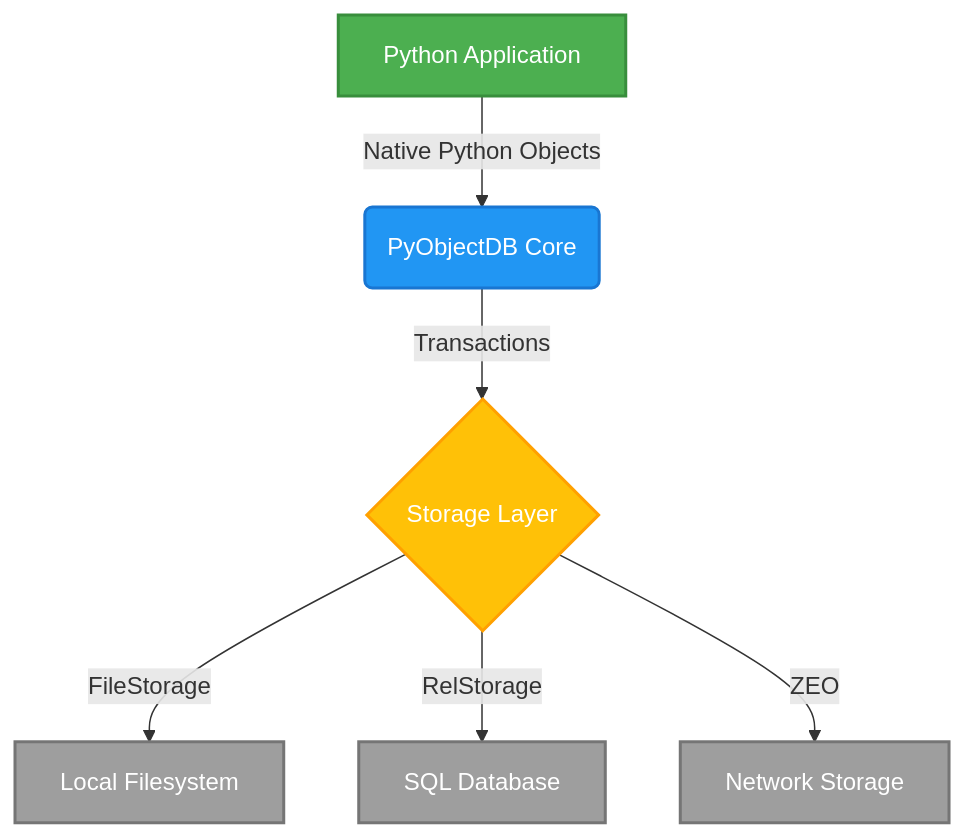
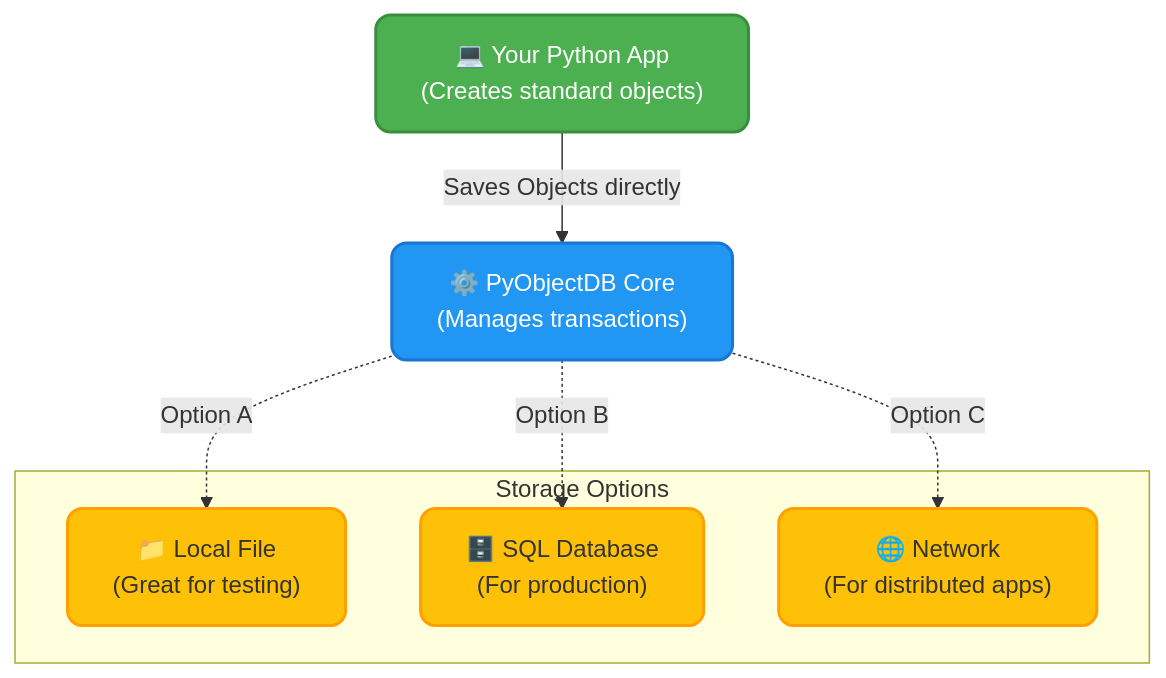
One commit to Sat-14/PyObjectDB changed the diagram in README.md. Above: the diagram before and after it, drawn with Mermaid. The commit also changed other lines of this file, not shown here.

Commit message:
Rewrite README to be more human-readable with beautiful diagrams

````diff
--- a/README.md
+++ b/README.md
@@ -18,15 +18,22 @@
 ```mermaid
-graph TD
-    A[Python Application] -->|Native Python Objects| B(PyObjectDB Core)
-    B -->|Transactions| C{Storage Layer}
-    C -->|FileStorage| D[Local Filesystem]
-    C -->|RelStorage| E[SQL Database]
-    C -->|ZEO| F[Network Storage]
+flowchart TD
+    %% Define styles for a friendly look
+    classDef app fill:#4CAF50,stroke:#388E3C,stroke-width:2px,color:#fff,rx:10,ry:10
+    classDef core fill:#2196F3,stroke:#1976D2,stroke-width:2px,color:#fff,rx:10,ry:10
+    classDef storage fill:#FFC107,stroke:#FFA000,stroke-width:2px,color:#333,rx:10,ry:10
+
+    App["💻 Your Python App\n(Creates standard objects)"]:::app
+    Core["⚙️ PyObjectDB Core\n(Manages transactions)"]:::core
     
-    style A fill:#4CAF50,stroke:#388E3C,stroke-width:2px,color:#fff
-    style B fill:#2196F3,stroke:#1976D2,stroke-width:2px,color:#fff
-    style C fill:#FFC107,stroke:#FFA000,stroke-width:2px,color:#fff
-    style D fill:#9E9E9E,stroke:#757575,stroke-width:2px,color:#fff
-    style E fill:#9E9E9E,stroke:#757575,stroke-width:2px,color:#fff
-    style F fill:#9E9E9E,stroke:#757575,stroke-width:2px,color:#fff
+    App -->|Saves Objects directly| Core
+    
+    subgraph Storage Options
+        File["📁 Local File\n(Great for testing)"]:::storage
+        DB["🗄️ SQL Database\n(For production)"]:::storage
+        Net["🌐 Network\n(For distributed apps)"]:::storage
+    end
+    
+    Core -.->|Option A| File
+    Core -.->|Option B| DB
+    Core -.->|Option C| Net
 ```
````
